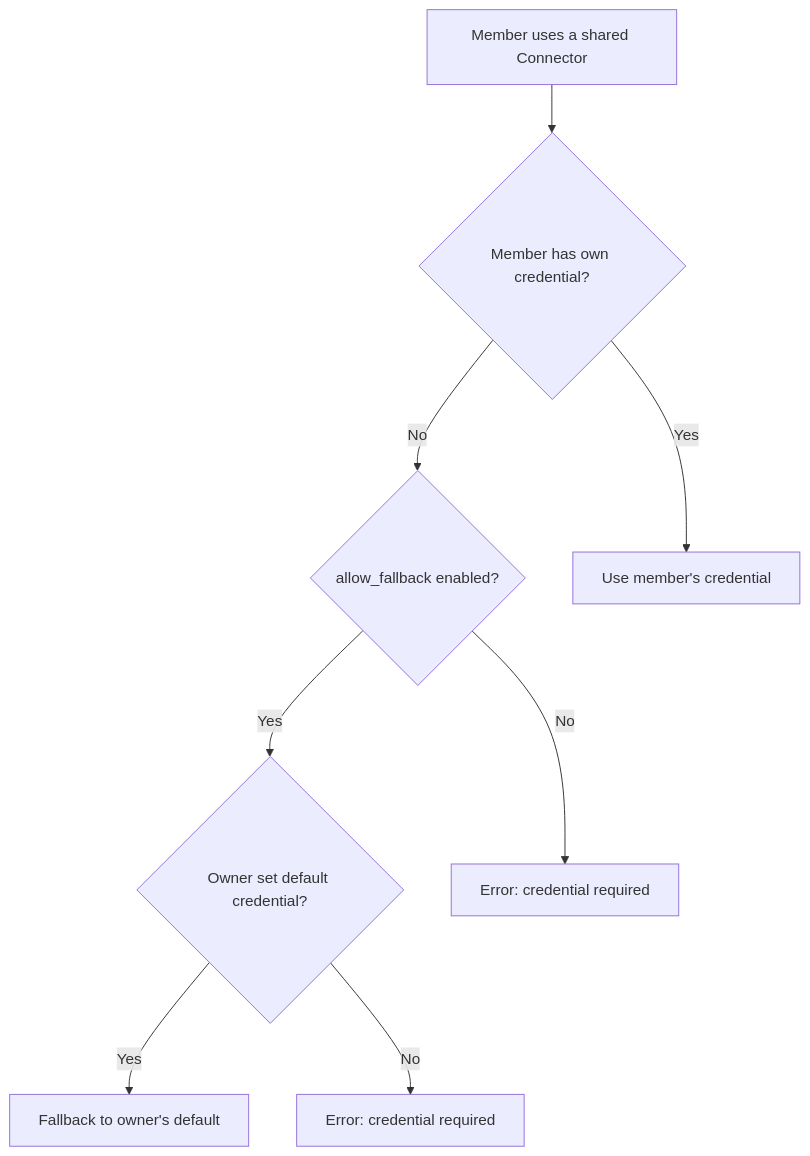
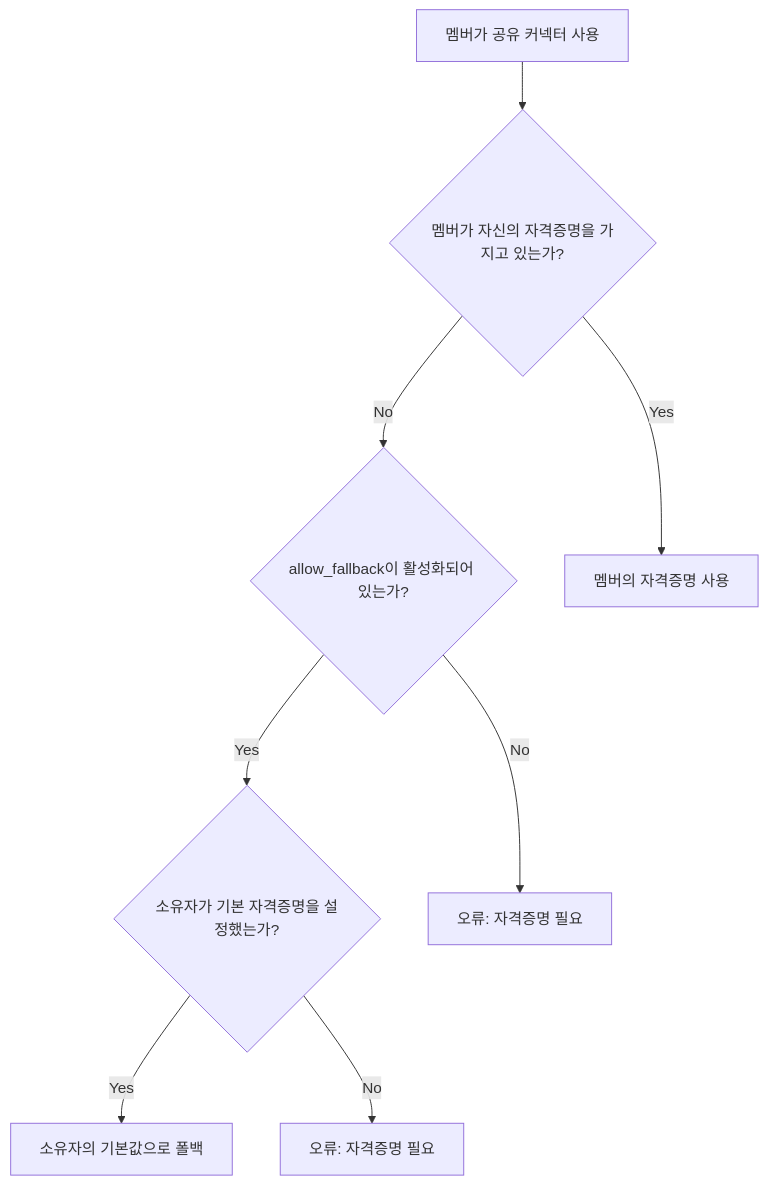
Before and after one commit to fim-ai/fim-one: the third of 6 diagrams in docs/ko/architecture/organization.mdx, drawn with Mermaid. The commit also changed other lines of this file and 5 other files, not shown here.

````diff
--- a/docs/ko/architecture/organization.mdx
+++ b/docs/ko/architecture/organization.mdx
@@ -88,15 +88,15 @@
 ```mermaid
 flowchart TD
-    E["Member uses a shared Connector"]
-    C1{"Member has own credential?"}
-    C2{"allow_fallback enabled?"}
-    C3{"Owner set default credential?"}
+    E["멤버가 공유 커넥터 사용"]
+    C1{"멤버가 자신의 자격증명을 가지고 있는가?"}
+    C2{"allow_fallback이 활성화되어 있는가?"}
+    C3{"소유자가 기본 자격증명을 설정했는가?"}
 
     E --> C1
-    C1 -->|Yes| U["Use member's credential"]
+    C1 -->|Yes| U["멤버의 자격증명 사용"]
     C1 -->|No| C2
     C2 -->|Yes| C3
-    C3 -->|Yes| F["Fallback to owner's default"]
-    C3 -->|No| ERR["Error: credential required"]
-    C2 -->|No| ERR2["Error: credential required"]
+    C3 -->|Yes| F["소유자의 기본값으로 폴백"]
+    C3 -->|No| ERR["오류: 자격증명 필요"]
+    C2 -->|No| ERR2["오류: 자격증명 필요"]
 ```
````
